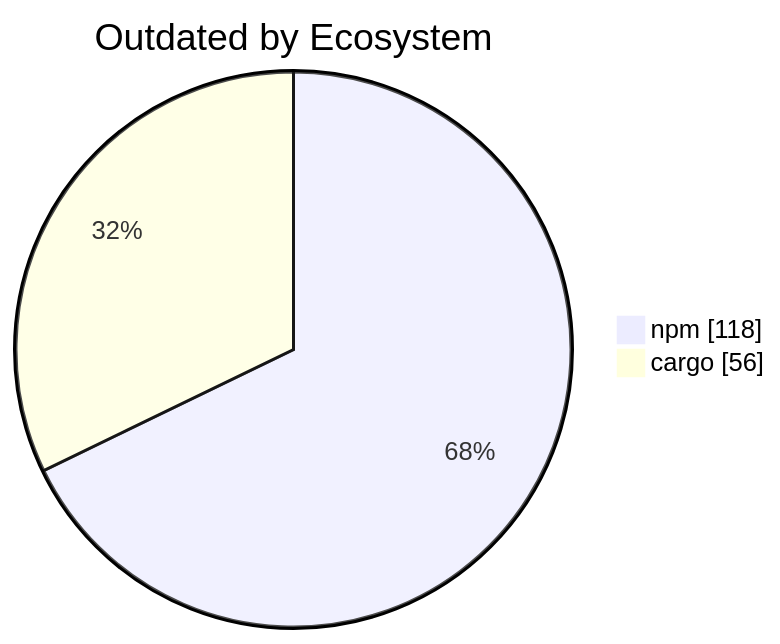
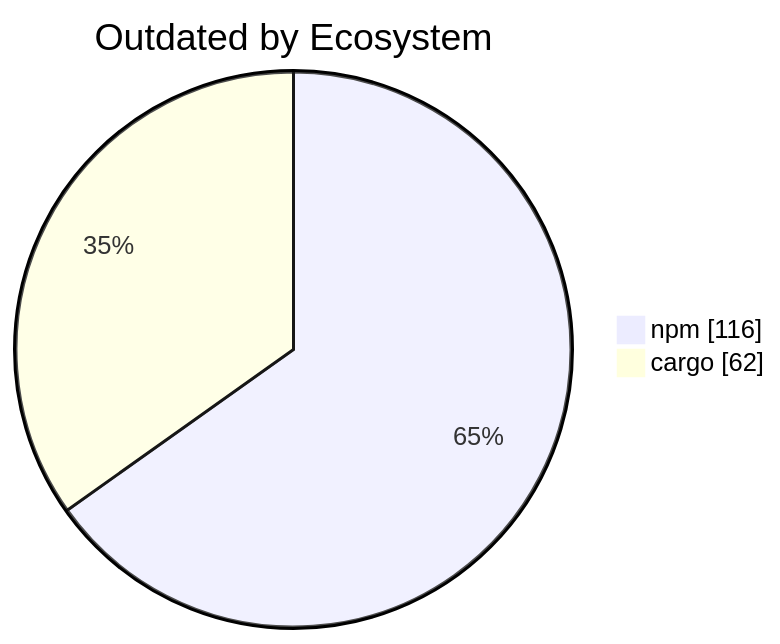
Before and after one commit to KBVE/kbve: the diagram in apps/kbve/astro-kbve/src/content/docs/dashboard/deps.mdx, drawn with Mermaid. The commit also changed other lines of this file and 1 other file, not shown here.

````diff
--- a/apps/kbve/astro-kbve/src/content/docs/dashboard/deps.mdx
+++ b/apps/kbve/astro-kbve/src/content/docs/dashboard/deps.mdx
@@ -109,6 +109,6 @@
 ```mermaid
 pie showData
     title Outdated by Ecosystem
-    "npm" : 118
-    "cargo" : 56
+    "npm" : 116
+    "cargo" : 62
 ```
````
